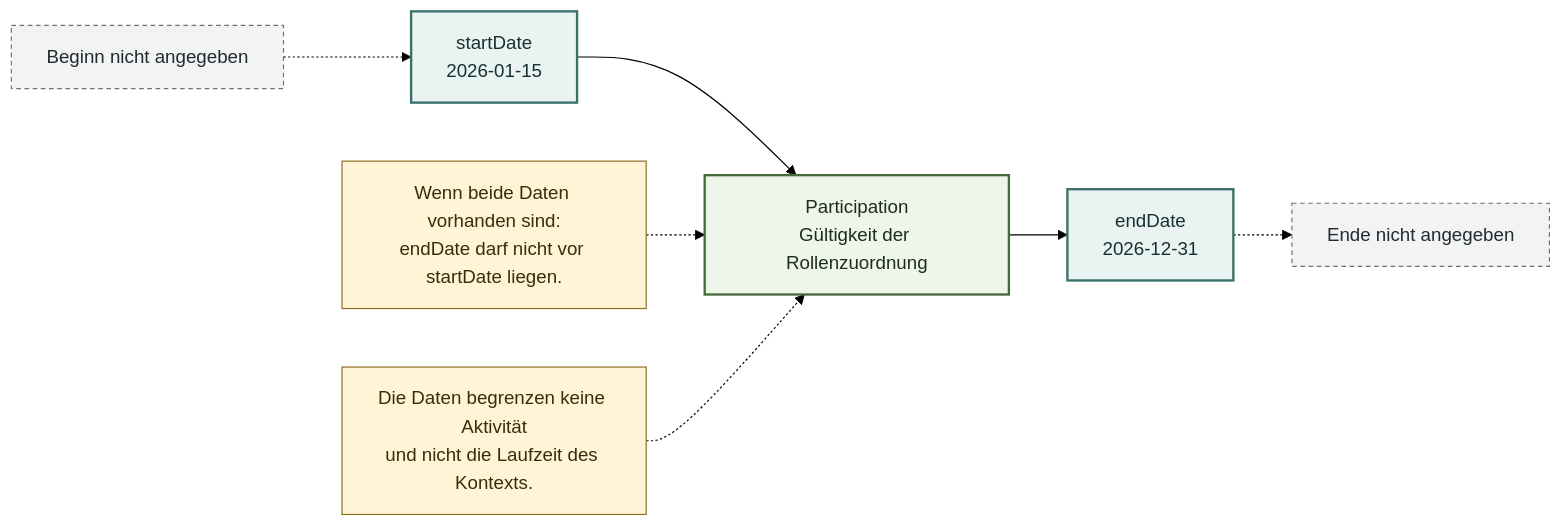
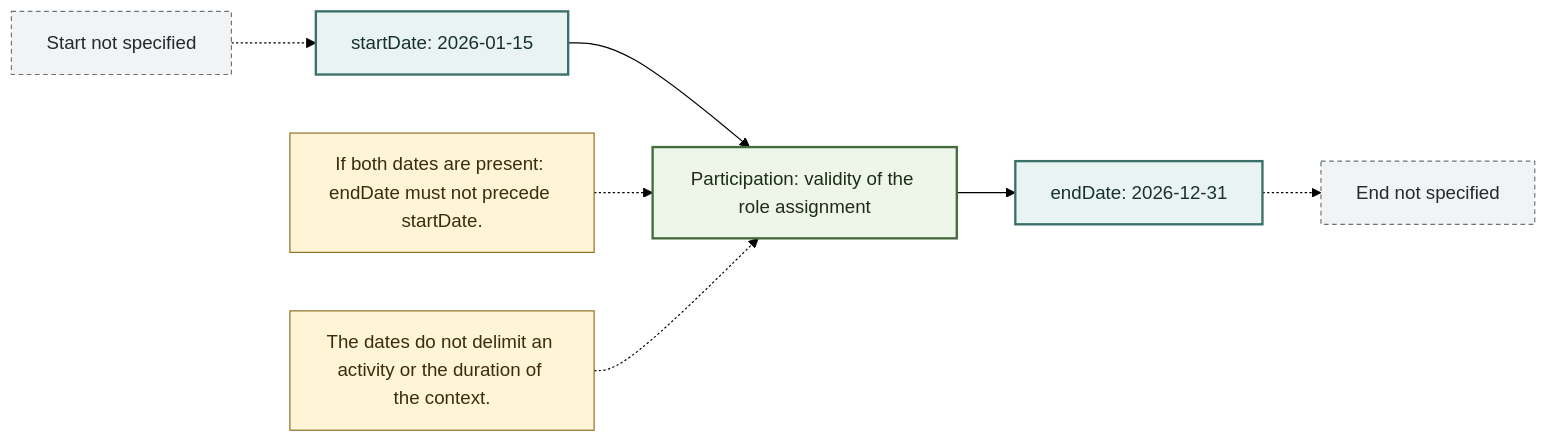
One commit to project-construct-x/constructx-ontologies changed the fourth of 6 diagrams in modules/core/participation/docs/diagrams/participation-concept-model.md. Above: the diagram before and after it, drawn with Mermaid (forest theme). The commit also changed other lines of this file and 230 other files, not shown here.

````diff
--- a/modules/core/participation/docs/diagrams/participation-concept-model.md
+++ b/modules/core/participation/docs/diagrams/participation-concept-model.md
@@ -155,29 +153,29 @@
 ```mermaid
 flowchart LR
-    UnknownStart["Beginn nicht angegeben"]
-    Start["startDate<br/>2026-01-15"]
-    Participation["Participation<br/>Gültigkeit der Rollenzuordnung"]
-    End["endDate<br/>2026-12-31"]
-    UnknownEnd["Ende nicht angegeben"]
+    UnknownStart["Start not specified"]
+    Start["startDate: 2026-01-15"]
+    Participation["Participation: validity of the role assignment"]
+    End["endDate: 2026-12-31"]
+    UnknownEnd["End not specified"]
 
     UnknownStart -.-> Start
     Start --> Participation
     Participation --> End
     End -.-> UnknownEnd
 
-    Rule["Wenn beide Daten vorhanden sind:<br/>endDate darf nicht vor startDate liegen."]
+    Rule["If both dates are present: endDate must not precede startDate."]
     Rule -.-> Participation
 
-    NotActivity["Die Daten begrenzen keine Aktivität<br/>und nicht die Laufzeit des Kontexts."]
+    NotActivity["The dates do not delimit an activity or the duration of the context."]
     NotActivity -.-> Participation
 
     classDef date fill:#e9f3f1,stroke:#39706a,color:#17312e,stroke-width:2px;
     classDef participation fill:#edf6e9,stroke:#466b3c,color:#1d2d19,stroke-width:2px;
     classDef optional fill:#f1f3f4,stroke:#6b747a,color:#252a2d,stroke-dasharray:4 3;
     classDef note fill:#fff4d6,stroke:#8c6d1f,color:#392d0e;
 
     class Start,End date;
     class Participation participation;
     class UnknownStart,UnknownEnd optional;
     class Rule,NotActivity note;
 ```
````
